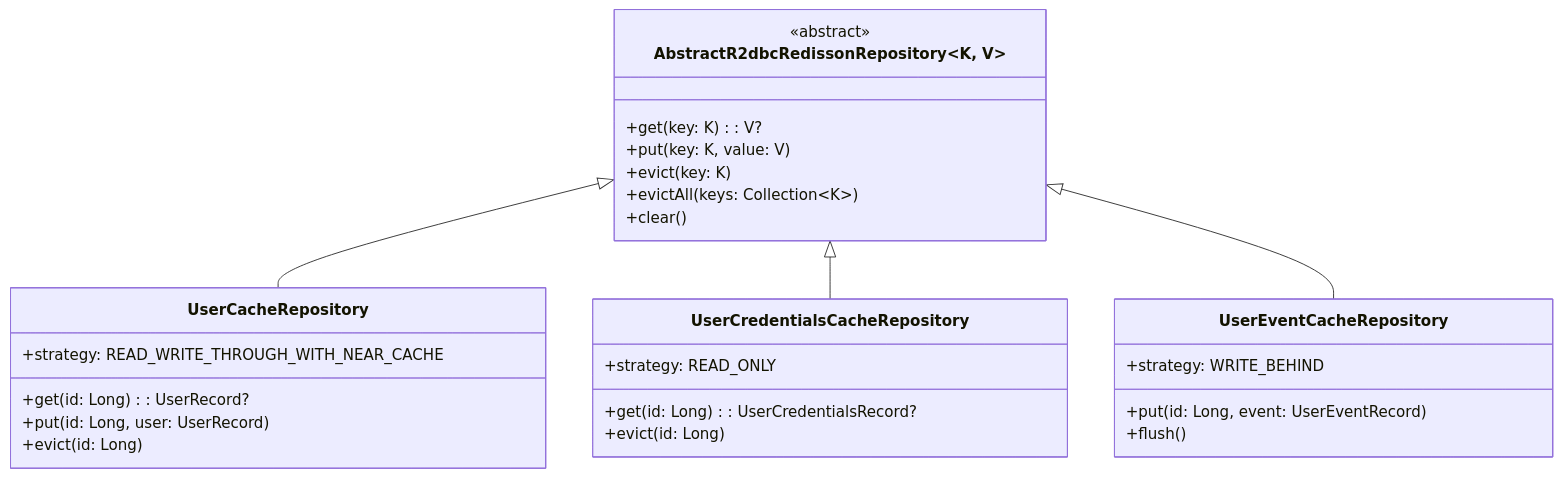
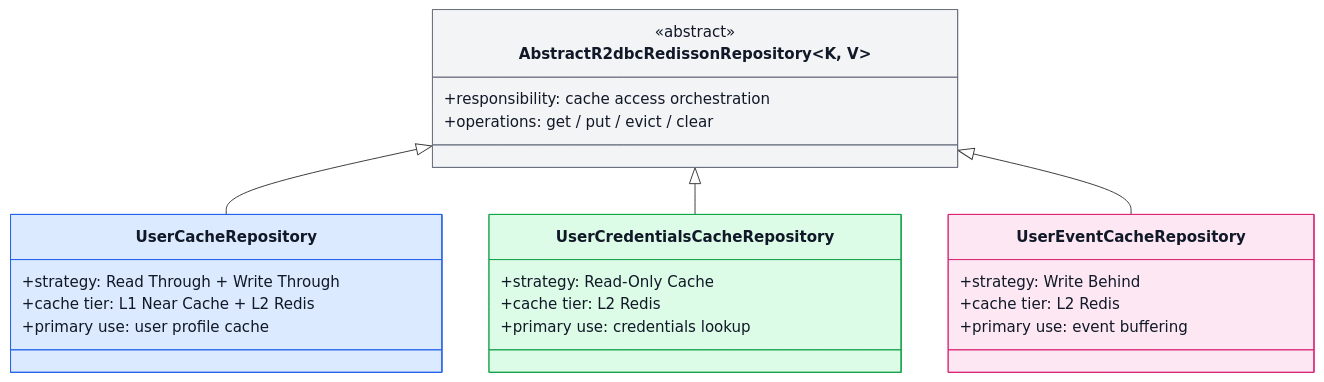
The second of 3 diagrams in 11-high-performance/02-cache-strategies-r2dbc/README.md (bluetape4k/exposed-r2dbc-workshop), drawn with Mermaid before and after one commit. The commit also changed other lines of this file and 3 other files, not shown here.

First line of the commit message:
docs: README 다이어그램 가독성 개선

````diff
--- a/11-high-performance/02-cache-strategies-r2dbc/README.md
+++ b/11-high-performance/02-cache-strategies-r2dbc/README.md
@@ -34,31 +75,35 @@
 ```mermaid
 classDiagram
     class AbstractR2dbcRedissonRepository~K, V~ {
         <<abstract>>
-        +get(key: K): V?
-        +put(key: K, value: V)
-        +evict(key: K)
-        +evictAll(keys: Collection~K~)
-        +clear()
+        +responsibility: cache access orchestration
+        +operations: get / put / evict / clear
     }
+
     class UserCacheRepository {
-        +strategy: READ_WRITE_THROUGH_WITH_NEAR_CACHE
-        +get(id: Long): UserRecord?
-        +put(id: Long, user: UserRecord)
-        +evict(id: Long)
+        +strategy: Read Through + Write Through
+        +cache tier: L1 Near Cache + L2 Redis
+        +primary use: user profile cache
     }
+
     class UserCredentialsCacheRepository {
-        +strategy: READ_ONLY
-        +get(id: Long): UserCredentialsRecord?
-        +evict(id: Long)
+        +strategy: Read-Only Cache
+        +cache tier: L2 Redis
+        +primary use: credentials lookup
     }
+
     class UserEventCacheRepository {
-        +strategy: WRITE_BEHIND
-        +put(id: Long, event: UserEventRecord)
-        +flush()
+        +strategy: Write Behind
+        +cache tier: L2 Redis
+        +primary use: event buffering
     }
 
     AbstractR2dbcRedissonRepository <|-- UserCacheRepository
     AbstractR2dbcRedissonRepository <|-- UserCredentialsCacheRepository
     AbstractR2dbcRedissonRepository <|-- UserEventCacheRepository
+
+    style AbstractR2dbcRedissonRepository fill:#F3F4F6,stroke:#6B7280,color:#111827
+    style UserCacheRepository fill:#DBEAFE,stroke:#2563EB,color:#111827
+    style UserCredentialsCacheRepository fill:#DCFCE7,stroke:#16A34A,color:#111827
+    style UserEventCacheRepository fill:#FCE7F3,stroke:#DB2777,color:#111827
 ```
````
